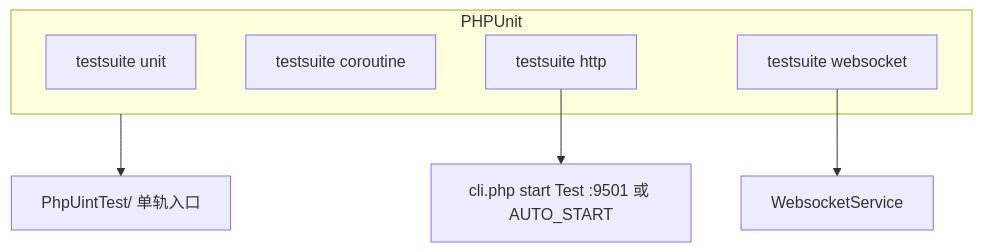
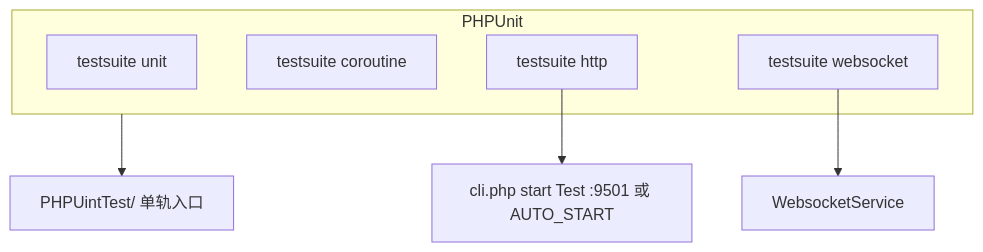
The diagram in docs/PHPUnitTest.md (bingcool/swoolefy), drawn with Mermaid before and after one commit. The commit also changed other lines of this file and 289 other files, not shown here.

````diff
--- a/docs/PHPUnitTest.md
+++ b/docs/PHPUnitTest.md
@@ -110,13 +110,13 @@
 ```mermaid
 flowchart TB
   subgraph runner [PHPUnit]
     U[testsuite unit]
     C[testsuite coroutine]
     H[testsuite http]
     W[testsuite websocket]
   end
-  New["PhpUintTest/ 单轨入口"]
+  New["PHPUintTest/ 单轨入口"]
   runner --> New
   H --> Srv["cli.php start Test :9501 或 AUTO_START"]
   W --> WsSrv["WebsocketService"]
 ```
````
